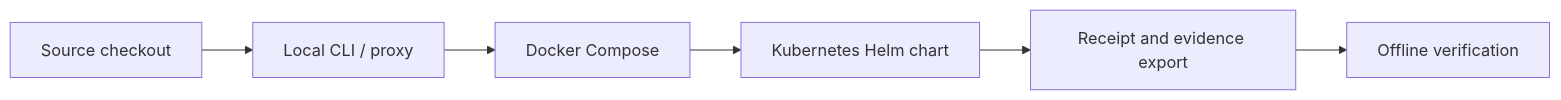
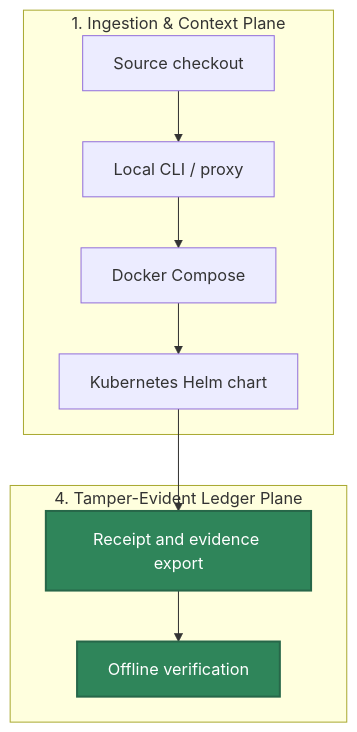
One commit to Mindburn-Labs/helm-ai-kernel changed the diagram in docs/DEPLOYMENT_AND_EXAMPLES.md. Above: the diagram before and after it, drawn with Mermaid. The commit also changed other lines of this file and 330 other files, not shown here.

````diff
--- a/docs/DEPLOYMENT_AND_EXAMPLES.md
+++ b/docs/DEPLOYMENT_AND_EXAMPLES.md
@@ -23,8 +23,25 @@
 ```mermaid
-flowchart LR
-  source["Source checkout"] --> local["Local CLI / proxy"]
-  local --> compose["Docker Compose"]
-  compose --> chart["Kubernetes Helm chart"]
-  chart --> receipt["Receipt and evidence export"]
-  receipt --> verify["Offline verification"]
+flowchart TD
+    subgraph Ingestion["1. Ingestion & Context Plane"]
+        source["Source checkout"]
+        local["Local CLI / proxy"]
+        compose["Docker Compose"]
+        chart["Kubernetes Helm chart"]
+    end
+
+    subgraph Ledger["4. Tamper-Evident Ledger Plane"]
+        receipt["Receipt and evidence export"]
+        verify["Offline verification"]
+    end
+
+    %% Operational Flow Edges
+    source --> local
+    local --> compose
+    compose --> chart
+    chart --> receipt
+    receipt --> verify
+
+    %% Premium Styling Rules
+    style receipt fill:#2f855a,stroke:#276749,stroke-width:2px,color:#fff
+    style verify fill:#2f855a,stroke:#276749,stroke-width:2px,color:#fff
 ```
````
